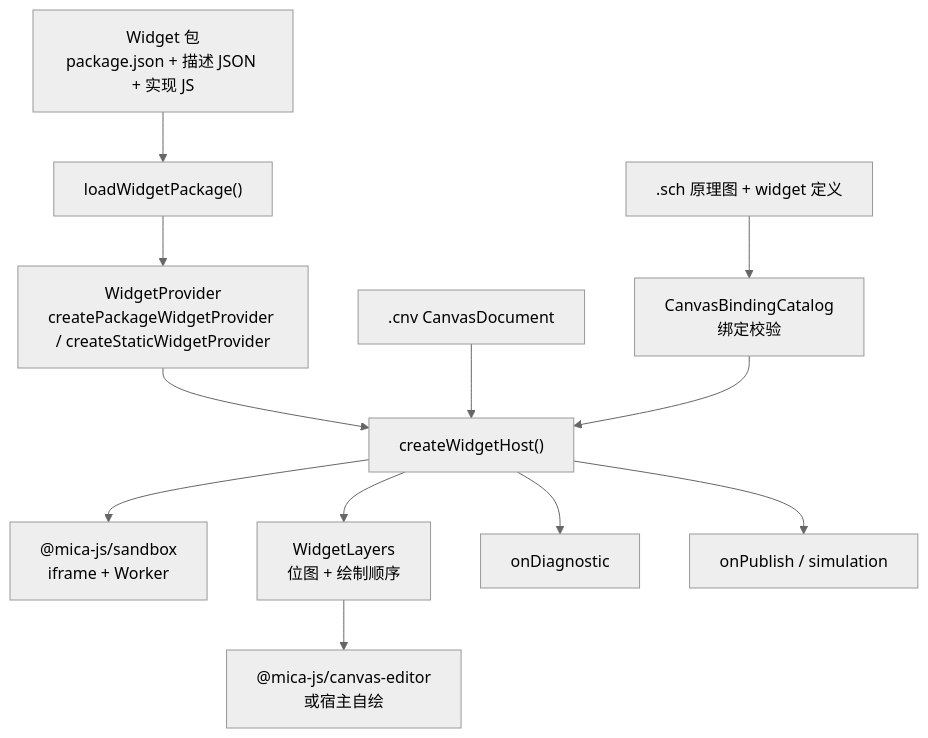
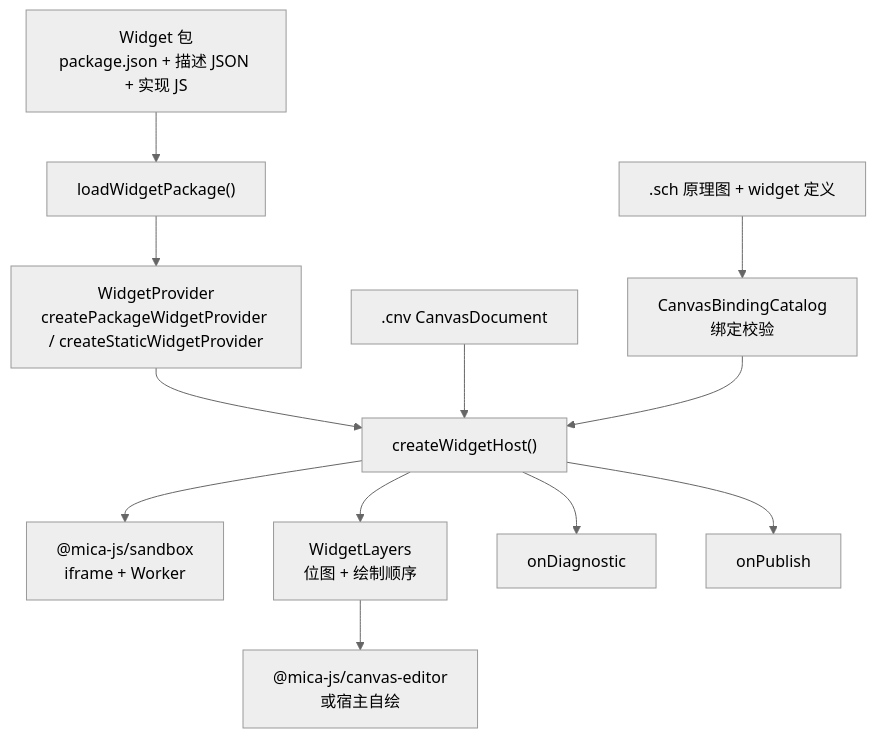
One commit to x-botlab/mica-js changed the first of 2 diagrams in packages/widget/README.md. Above: the diagram before and after it, drawn with Mermaid (neutral theme). The commit also changed other lines of this file and 391 other files, not shown here.

````diff
--- a/packages/widget/README.md
+++ b/packages/widget/README.md
@@ -7,16 +7,16 @@
 ```mermaid
 flowchart TD
   pkg["Widget 包<br/>package.json + 描述 JSON + 实现 JS"] --> loader["loadWidgetPackage()"]
   loader --> providerIdx["WidgetProvider<br/>createPackageWidgetProvider / createStaticWidgetProvider"]
   providerIdx --> host["createWidgetHost()"]
 
   doc[".cnv CanvasDocument"] --> host
   sch[".sch 原理图 + widget 定义"] --> catalog["CanvasBindingCatalog<br/>绑定校验"]
   catalog --> host
 
   host --> sandbox["@mica-js/sandbox<br/>iframe + Worker"]
   host --> layers["WidgetLayers<br/>位图 + 绘制顺序"]
   host --> diag["onDiagnostic"]
-  host --> publish["onPublish / simulation"]
+  host --> publish["onPublish"]
   layers --> editor["@mica-js/canvas-editor<br/>或宿主自绘"]
 ```
````
